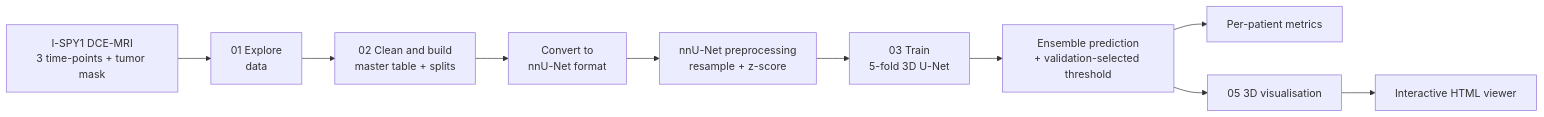
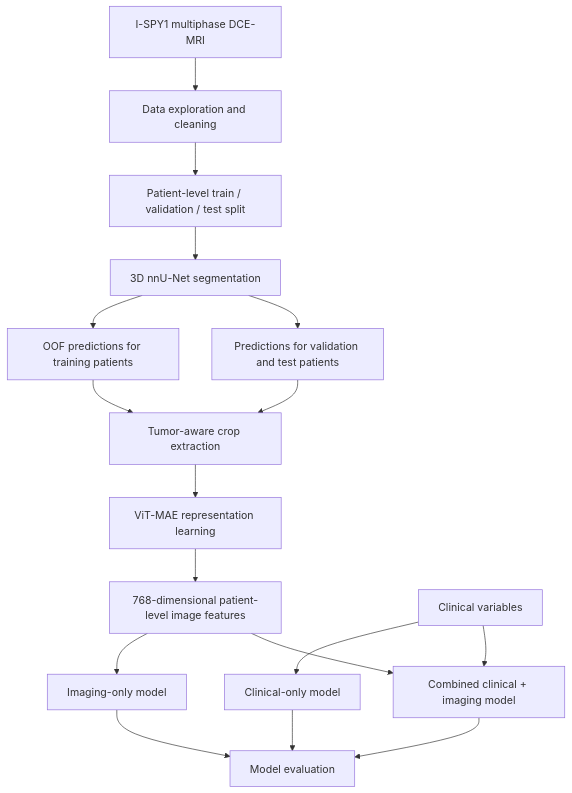
The diagram in README.md (vanshika900/Breast_Cancer_AI), drawn with Mermaid before and after one commit. The commit also changed other lines of this file, not shown here.

Commit message:
Update README with complete segmentation and pCR prediction workflow

````diff
--- a/README.md
+++ b/README.md
@@ -96,12 +112,19 @@
 ```mermaid
-flowchart LR
-    A[I-SPY1 DCE-MRI<br/>3 time-points + tumor mask] --> B[01 Explore<br/>data]
-    B --> C[02 Clean and build<br/>master table + splits]
-    C --> D[Convert to<br/>nnU-Net format]
-    D --> E[nnU-Net preprocessing<br/>resample + z-score]
-    E --> F[03 Train<br/>5-fold 3D U-Net]
-    F --> G[Ensemble prediction<br/>+ validation-selected threshold]
-    G --> H[Per-patient metrics]
-    G --> I[05 3D visualisation]
-    I --> J[Interactive HTML viewer]
+flowchart TD
+    A[I-SPY1 multiphase DCE-MRI] --> B[Data exploration and cleaning]
+    B --> C[Patient-level train / validation / test split]
+    C --> D[3D nnU-Net segmentation]
+    D --> E[OOF predictions for training patients]
+    D --> F[Predictions for validation and test patients]
+    E --> G[Tumor-aware crop extraction]
+    F --> G
+    G --> H[ViT-MAE representation learning]
+    H --> I[768-dimensional patient-level image features]
+    J[Clinical variables] --> K[Clinical-only model]
+    I --> L[Imaging-only model]
+    I --> M[Combined clinical + imaging model]
+    J --> M
+    K --> N[Model evaluation]
+    L --> N
+    M --> N
 ```
````
